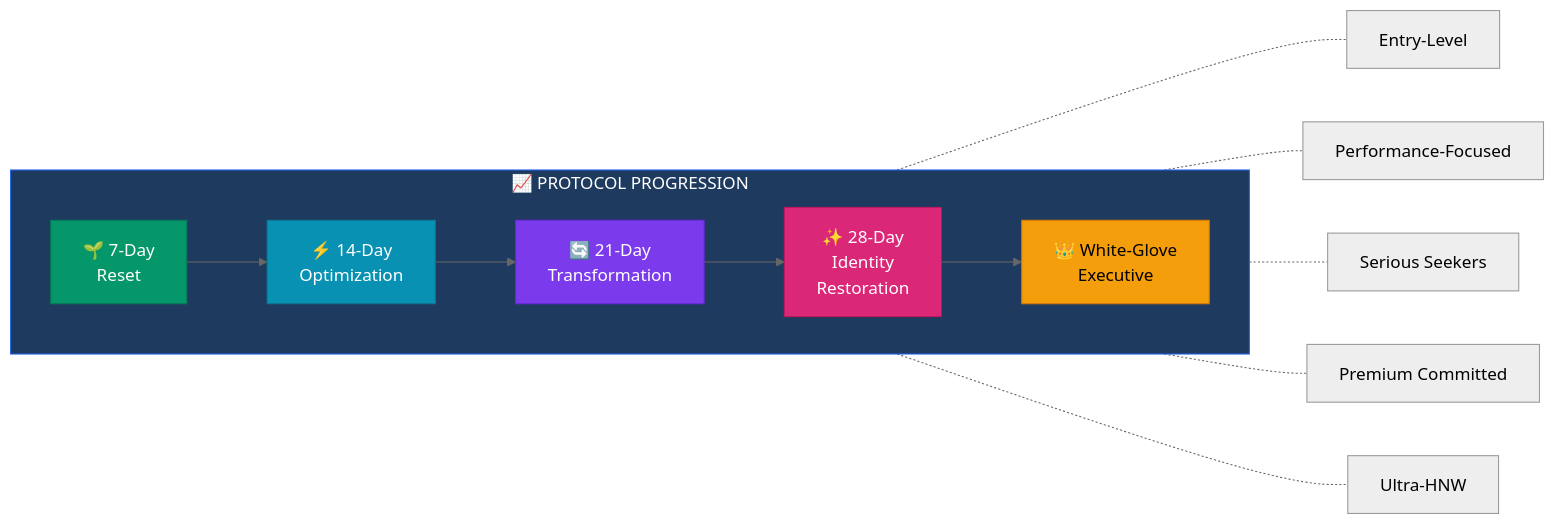
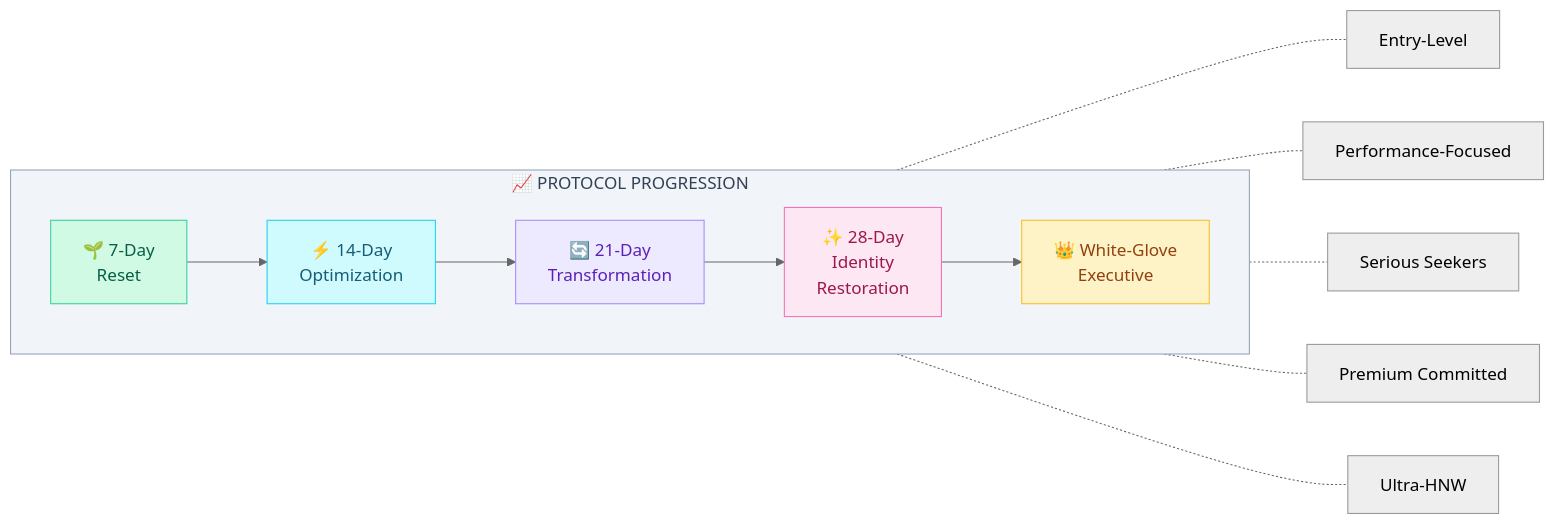
Before and after one commit to Light-Brands/epic-center: the sixth of 13 diagrams in docs/MARKET_RESEARCH.md, drawn with Mermaid (neutral theme). The commit also changed other lines of this file, not shown here.

First line of the commit message:
docs: Update mermaid diagram colors to softer palette

````diff
--- a/docs/MARKET_RESEARCH.md
+++ b/docs/MARKET_RESEARCH.md
@@ -350,20 +350,20 @@
 ```mermaid
 flowchart LR
     subgraph TIERS["📈 PROTOCOL PROGRESSION"]
         direction LR
         R[🌱 7-Day<br/>Reset] --> O[⚡ 14-Day<br/>Optimization] --> T[🔄 21-Day<br/>Transformation] --> I[✨ 28-Day<br/>Identity<br/>Restoration] --> W[👑 White-Glove<br/>Executive]
     end
 
     R -.- E1[Entry-Level]
     O -.- E2[Performance-Focused]
     T -.- E3[Serious Seekers]
     I -.- E4[Premium Committed]
     W -.- E5[Ultra-HNW]
 
-    style TIERS fill:#1e3a5f,stroke:#2563eb,color:#fff
-    style R fill:#059669,stroke:#047857,color:#fff
-    style O fill:#0891b2,stroke:#0e7490,color:#fff
-    style T fill:#7c3aed,stroke:#6d28d9,color:#fff
-    style I fill:#db2777,stroke:#be185d,color:#fff
-    style W fill:#f59e0b,stroke:#d97706,color:#000
+    style TIERS fill:#f1f5f9,stroke:#94a3b8,color:#334155
+    style R fill:#d1fae5,stroke:#34d399,color:#065f46
+    style O fill:#cffafe,stroke:#22d3ee,color:#155e75
+    style T fill:#ede9fe,stroke:#a78bfa,color:#5b21b6
+    style I fill:#fce7f3,stroke:#f472b6,color:#9d174d
+    style W fill:#fef3c7,stroke:#fbbf24,color:#92400e
 ```
````
